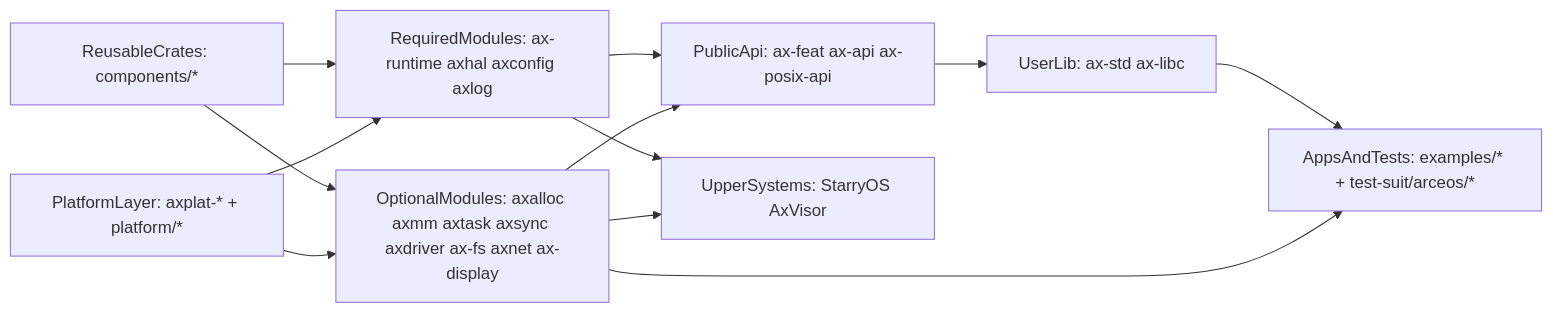
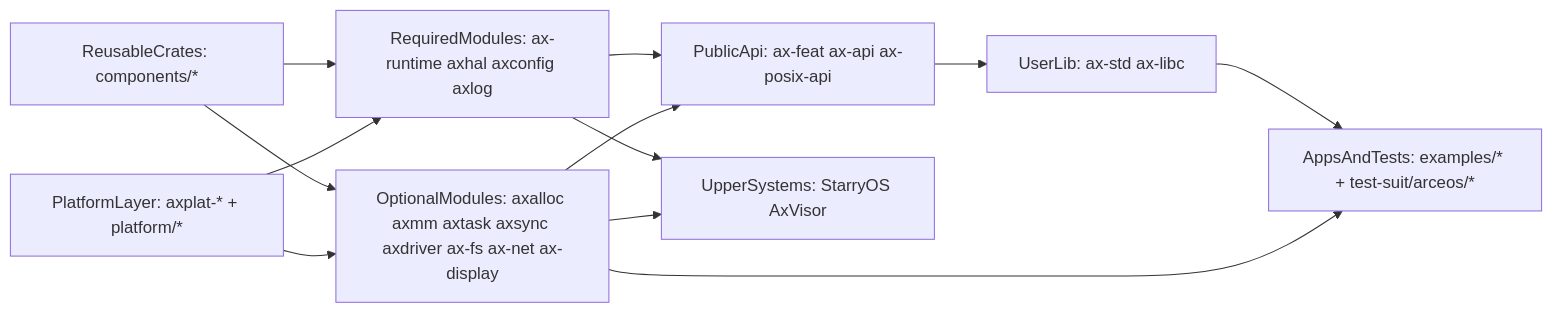
One commit to zKurisu/tgoskits changed the first of 5 diagrams in docs/arceos-internals.md. Above: the diagram before and after it, drawn with Mermaid. The commit also changed other lines of this file and 44 other files, not shown here.

Commit message:
rename axnet to ax-net

````diff
--- a/docs/arceos-internals.md
+++ b/docs/arceos-internals.md
@@ -36,23 +36,23 @@
 ```mermaid
 flowchart LR
     reusableCrates["ReusableCrates: components/*"]
     platformLayer["PlatformLayer: axplat-* + platform/*"]
     requiredModules["RequiredModules: ax-runtime axhal axconfig axlog"]
-    optionalModules["OptionalModules: axalloc axmm axtask axsync axdriver ax-fs axnet ax-display"]
+    optionalModules["OptionalModules: axalloc axmm axtask axsync axdriver ax-fs ax-net ax-display"]
     publicApi["PublicApi: ax-feat ax-api ax-posix-api"]
     userLib["UserLib: ax-std ax-libc"]
     appsAndTests["AppsAndTests: examples/* + test-suit/arceos/*"]
     upperSystems["UpperSystems: StarryOS AxVisor"]
 
     reusableCrates --> requiredModules
     reusableCrates --> optionalModules
     platformLayer --> requiredModules
     platformLayer --> optionalModules
     requiredModules --> publicApi
     optionalModules --> publicApi
     publicApi --> userLib
     userLib --> appsAndTests
     optionalModules --> appsAndTests
     requiredModules --> upperSystems
     optionalModules --> upperSystems
 ```
````
